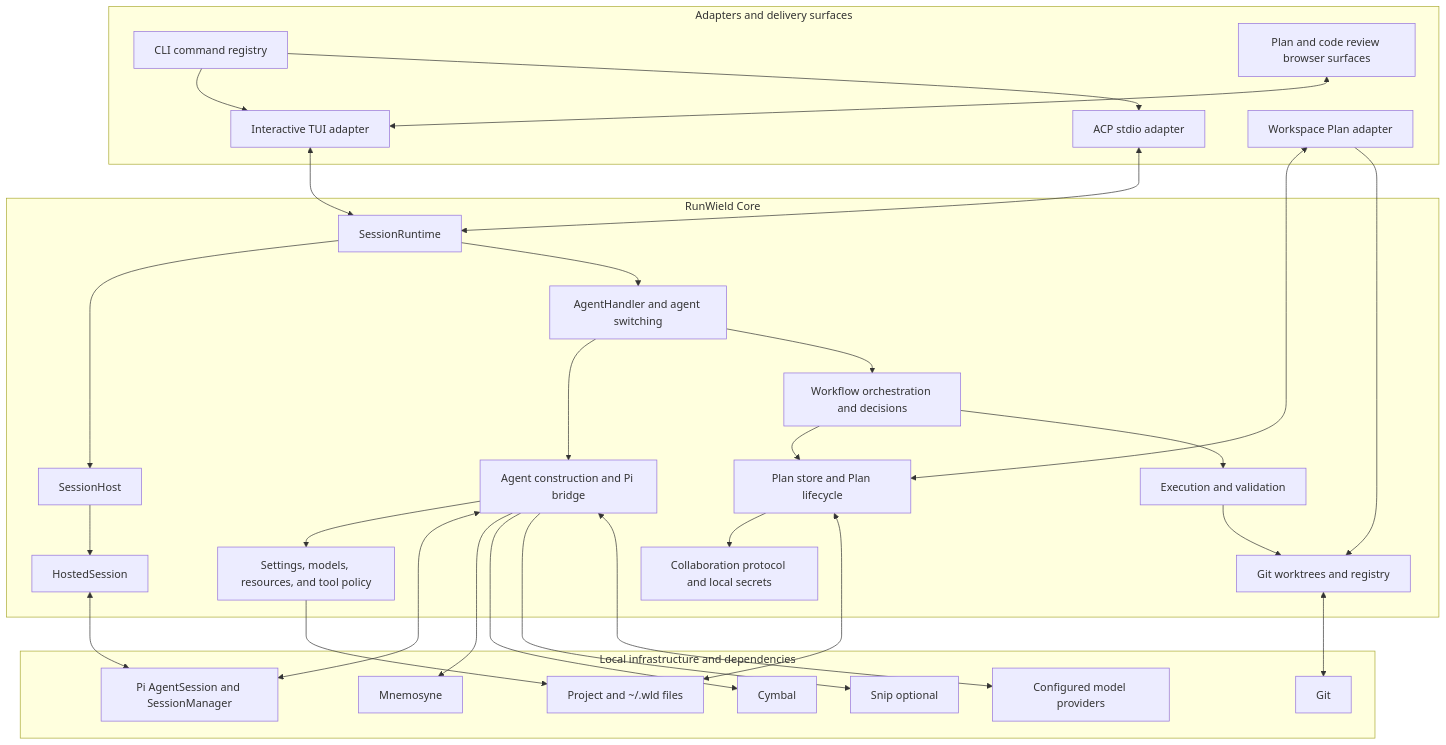
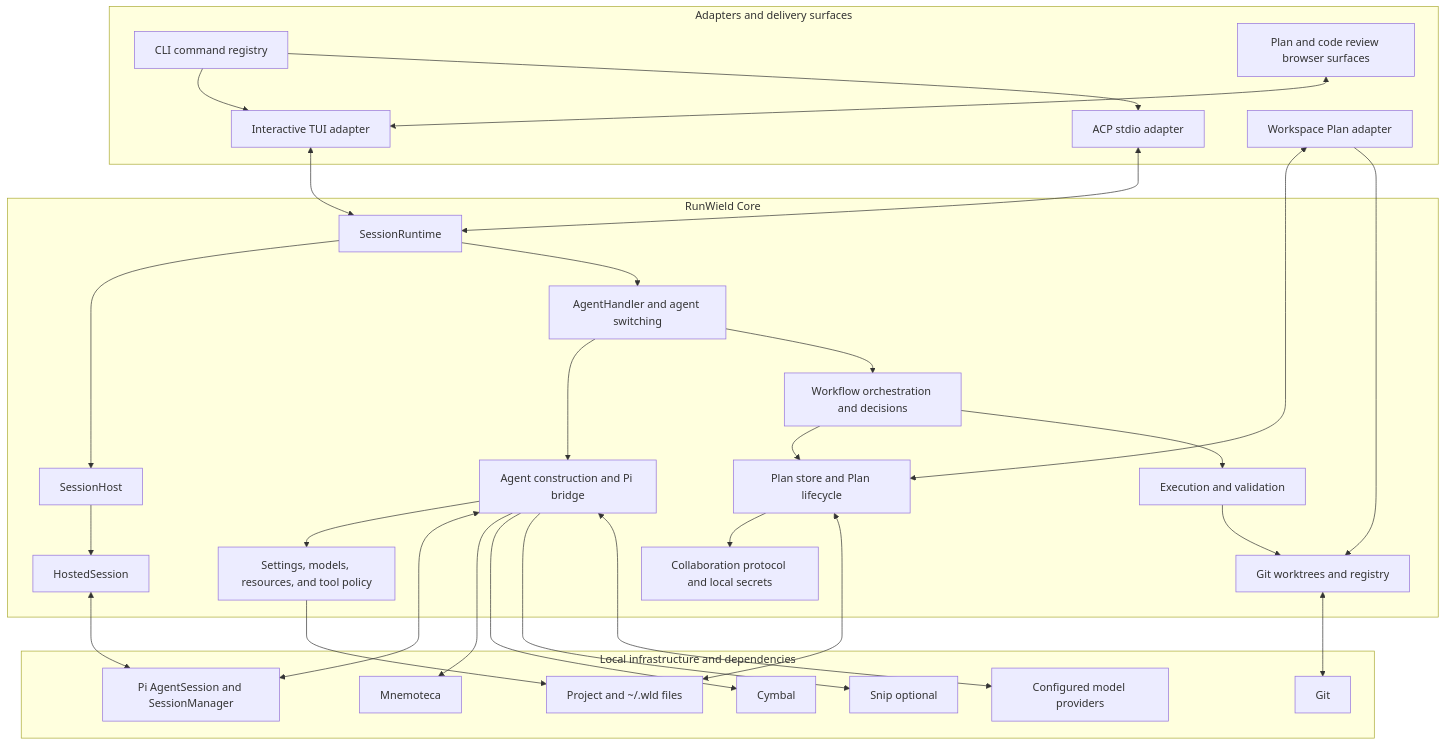
One commit to gandazgul/runwield changed the first of 13 diagrams in docs/architecture.md. Above: the diagram before and after it, drawn with Mermaid. The commit also changed other lines of this file and 107 other files, not shown here.

````diff
--- a/docs/architecture.md
+++ b/docs/architecture.md
@@ -29,63 +29,63 @@
 ```mermaid
 flowchart TB
     subgraph Adapters["Adapters and delivery surfaces"]
         CLI["CLI command registry"]
         TUI["Interactive TUI adapter"]
         ACP["ACP stdio adapter"]
         Workspace["Workspace Plan adapter"]
         ReviewUI["Plan and code review browser surfaces"]
     end
 
     subgraph Core["RunWield Core"]
         Runtime["SessionRuntime"]
         Host["SessionHost"]
         Hosted["HostedSession"]
         AgentHandler["AgentHandler and agent switching"]
         AgentFactory["Agent construction and Pi bridge"]
         Workflow["Workflow orchestration and decisions"]
         PlanDomain["Plan store and Plan lifecycle"]
         Execution["Execution and validation"]
         Worktrees["Git worktrees and registry"]
         Configuration["Settings, models, resources, and tool policy"]
         Collaboration["Collaboration protocol and local secrets"]
     end
 
     subgraph Infrastructure["Local infrastructure and dependencies"]
         Pi["Pi AgentSession and SessionManager"]
         Files["Project and ~/.wld files"]
         Git["Git"]
-        Mnemosyne["Mnemosyne"]
+        Mnemoteca["Mnemoteca"]
         Cymbal["Cymbal"]
         Snip["Snip optional"]
         ModelAPI["Configured model providers"]
     end
 
     CLI --> TUI
     CLI --> ACP
     TUI <--> Runtime
     ACP <--> Runtime
     Workspace <--> PlanDomain
     Workspace --> Worktrees
     ReviewUI <--> TUI
 
     Runtime --> Host
     Host --> Hosted
     Runtime --> AgentHandler
     AgentHandler --> AgentFactory
     AgentHandler --> Workflow
     Workflow --> PlanDomain
     Workflow --> Execution
     Execution --> Worktrees
     AgentFactory --> Configuration
     PlanDomain --> Collaboration
 
     AgentFactory <--> Pi
     Configuration --> Files
     PlanDomain <--> Files
     Hosted <--> Pi
     Worktrees <--> Git
-    AgentFactory --> Mnemosyne
+    AgentFactory --> Mnemoteca
     AgentFactory --> Cymbal
     AgentFactory --> Snip
     AgentFactory <--> ModelAPI
 ```
````
